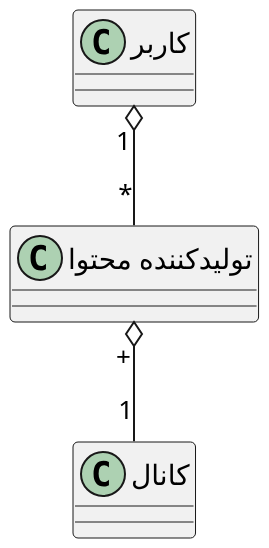
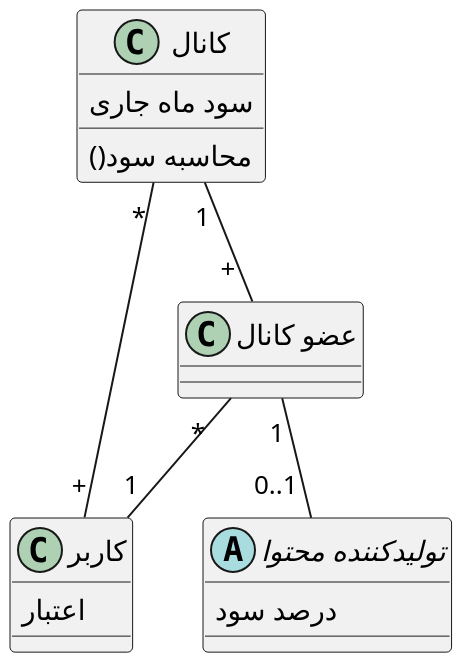
The diagram in Diagrams/Class/DepositProfit.puml (soleyman79/Qasedak), drawn with PlantUML before and after one commit. The commit also changed 15 other files, not shown here.

```diff
--- a/Diagrams/Class/DepositProfit.puml
+++ b/Diagrams/Class/DepositProfit.puml
@@ -1,19 +1,28 @@
 @startuml deposit_profit
 
 scale 2
 skinparam DefaultFontName B Nazanin
 skinparam ArrowMessageAlignment right
 
-class "تولیدکننده محتوا" as producer {
+abstract "تولیدکننده محتوا" as producer {
+    درصد سود
 }
 
 class "کانال" as chanel {
+    سود ماه جاری
+    ()محاسبه سود
 }
 
 class "کاربر" as user {
+    اعتبار
 }
 
-producer "  +" o-- "1" chanel
-user "  1" o-- "*" producer
+class "عضو کانال" as member {
+}
+
+chanel "1" -- "             +" member
+member "1" -- "         0..1" producer
+chanel "        *" -- "+" user
+member "                    *" -- "1" user
 
 @enduml
```
